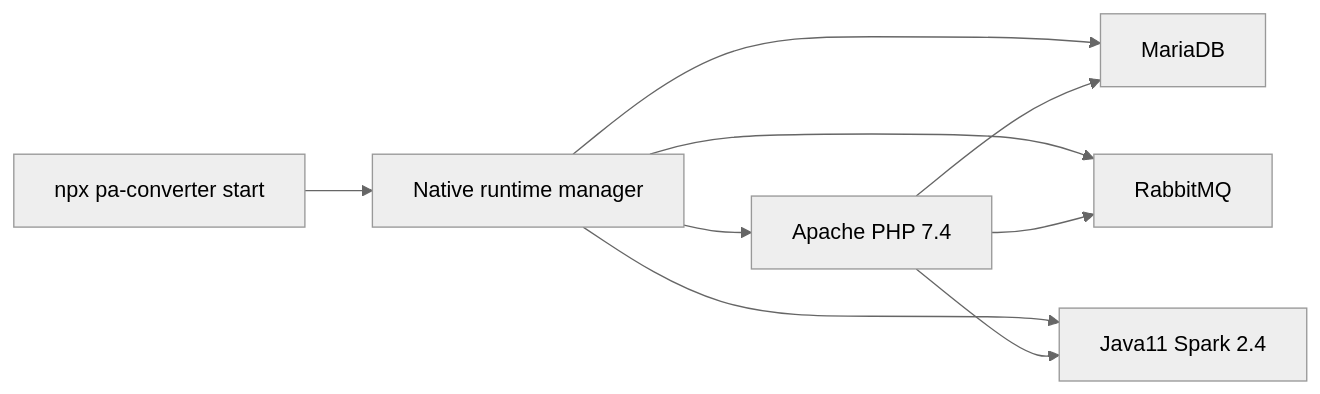
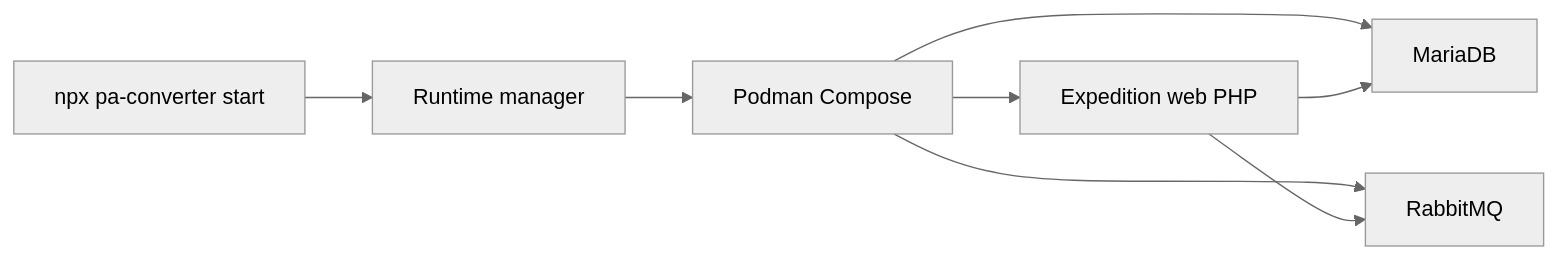
The diagram in README.md (TufaylAhmed/PA-Converter), drawn with Mermaid (neutral theme) before and after one commit. The commit also changed other lines of this file and 4 other files, not shown here.

First line of the commit message:
Default macOS/Linux to Podman Compose for a fast faithful stack

````diff
--- a/README.md
+++ b/README.md
@@ -145,11 +163,10 @@
 ```mermaid
 flowchart LR
-  npx[npx pa-converter start] --> mgr[Native runtime manager]
-  mgr --> http[Apache PHP 7.4]
-  mgr --> db[MariaDB]
-  mgr --> mq[RabbitMQ]
-  mgr --> spark[Java11 Spark 2.4]
-  http --> db
-  http --> mq
-  http --> spark
+  npx[npx pa-converter start] --> mgr[Runtime manager]
+  mgr --> pod[Podman Compose]
+  pod --> web[Expedition web PHP]
+  pod --> db[MariaDB]
+  pod --> mq[RabbitMQ]
+  web --> db
+  web --> mq
 ```
````
